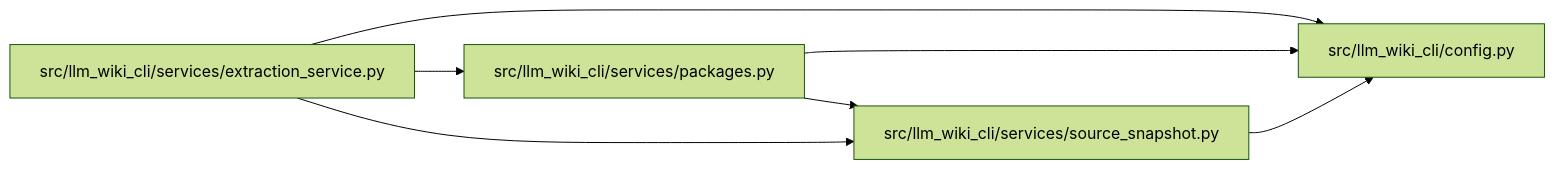
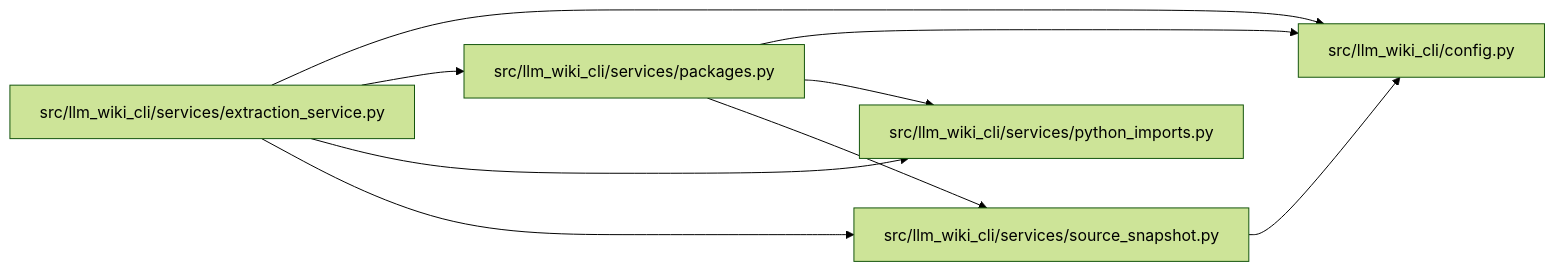
One commit to Denissvgn/python-wiki-llm changed the diagram in docs/llm_wiki/modules/packages.md. Above: the diagram before and after it, drawn with Mermaid (forest theme). The commit also changed other lines of this file and 719 other files, not shown here.

````diff
--- a/docs/llm_wiki/modules/packages.md
+++ b/docs/llm_wiki/modules/packages.md
@@ -31,17 +33,21 @@
 ```mermaid
 flowchart LR
     n0["src/llm_wiki_cli/config.py"]
     n1["src/llm_wiki_cli/services/extraction_service.py"]
     n2["src/llm_wiki_cli/services/packages.py"]
-    n3["src/llm_wiki_cli/services/source_snapshot.py"]
+    n3["src/llm_wiki_cli/services/python_imports.py"]
+    n4["src/llm_wiki_cli/services/source_snapshot.py"]
     n1 --> n0
     n1 --> n2
     n1 --> n3
+    n1 --> n4
     n2 --> n0
     n2 --> n3
-    n3 --> n0
+    n2 --> n4
+    n4 --> n0
     click n0 "../modules/config.md"
     click n1 "../modules/extraction_service.md"
     click n2 "../modules/packages.md"
-    click n3 "../modules/source_snapshot.md"
+    click n3 "../modules/python_imports.md"
+    click n4 "../modules/source_snapshot.md"
 ```
````
